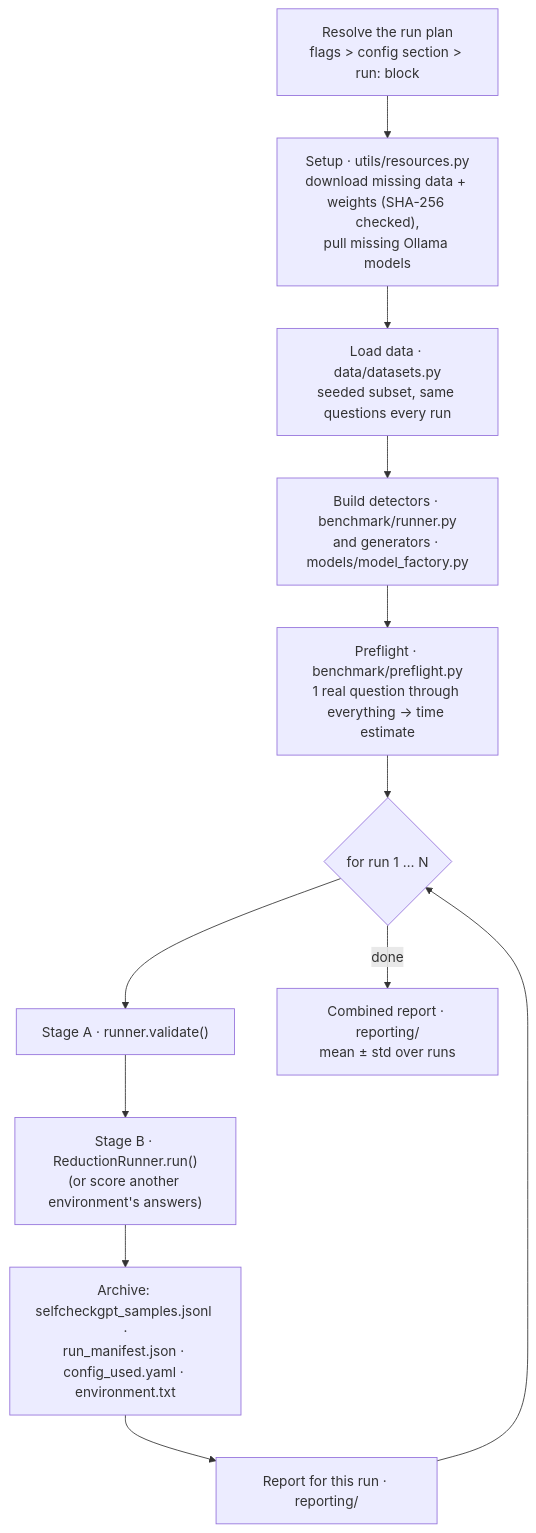
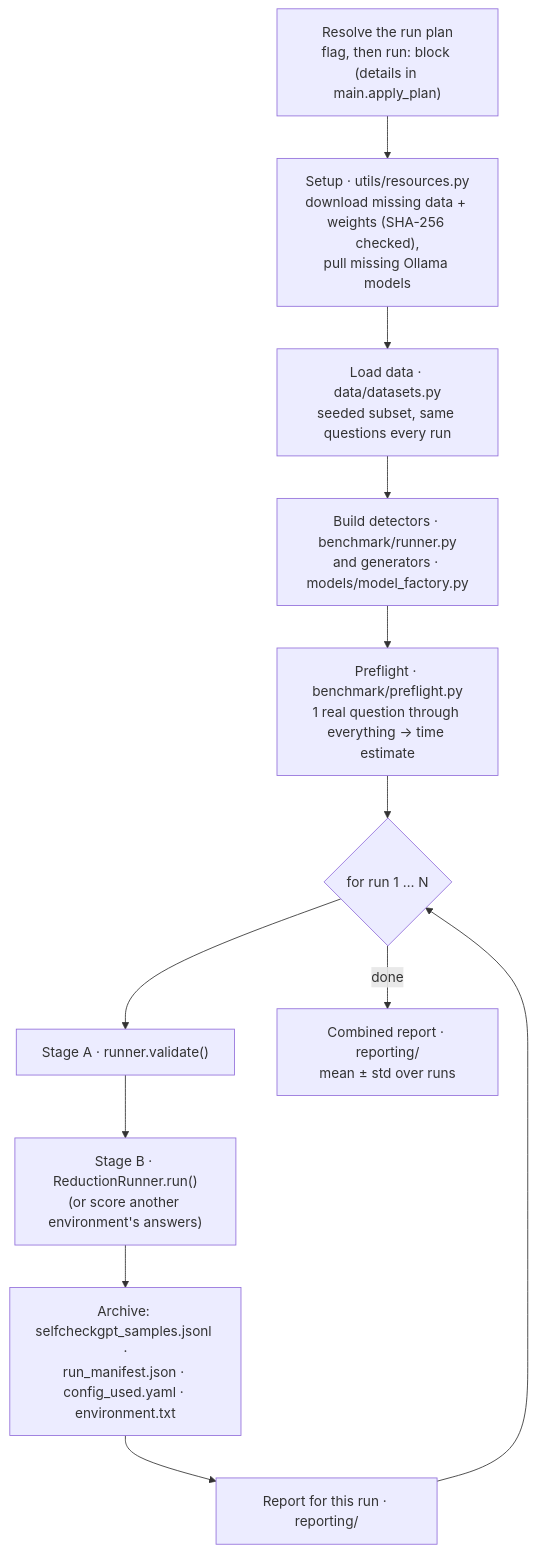
One commit to DharambirAgrawal/LLM-hallucination-Research changed the third of 5 diagrams in docs/ARCHITECTURE.md. Above: the diagram before and after it, drawn with Mermaid. The commit also changed other lines of this file and 18 other files, not shown here.

````diff
--- a/docs/ARCHITECTURE.md
+++ b/docs/ARCHITECTURE.md
@@ -70,14 +70,14 @@
 ```mermaid
 flowchart TD
-    a["Resolve the run plan<br/>flags > config section > run: block"] --> b["Setup · utils/resources.py<br/>download missing data + weights (SHA-256 checked),<br/>pull missing Ollama models"]
+    a["Resolve the run plan<br/>flag, then run: block (details in main.apply_plan)"] --> b["Setup · utils/resources.py<br/>download missing data + weights (SHA-256 checked),<br/>pull missing Ollama models"]
     b --> c["Load data · data/datasets.py<br/>seeded subset, same questions every run"]
     c --> d["Build detectors · benchmark/runner.py<br/>and generators · models/model_factory.py"]
     d --> e["Preflight · benchmark/preflight.py<br/>1 real question through everything → time estimate"]
     e --> f{"for run 1 … N"}
     f --> g["Stage A · runner.validate()"]
     g --> h["Stage B · ReductionRunner.run()<br/>(or score another environment's answers)"]
     h --> i["Archive: selfcheckgpt_samples.jsonl ·<br/>run_manifest.json · config_used.yaml · environment.txt"]
     i --> j["Report for this run · reporting/"]
     j --> f
     f -->|done| k["Combined report · reporting/<br/>mean ± std over runs"]
 ```
````
